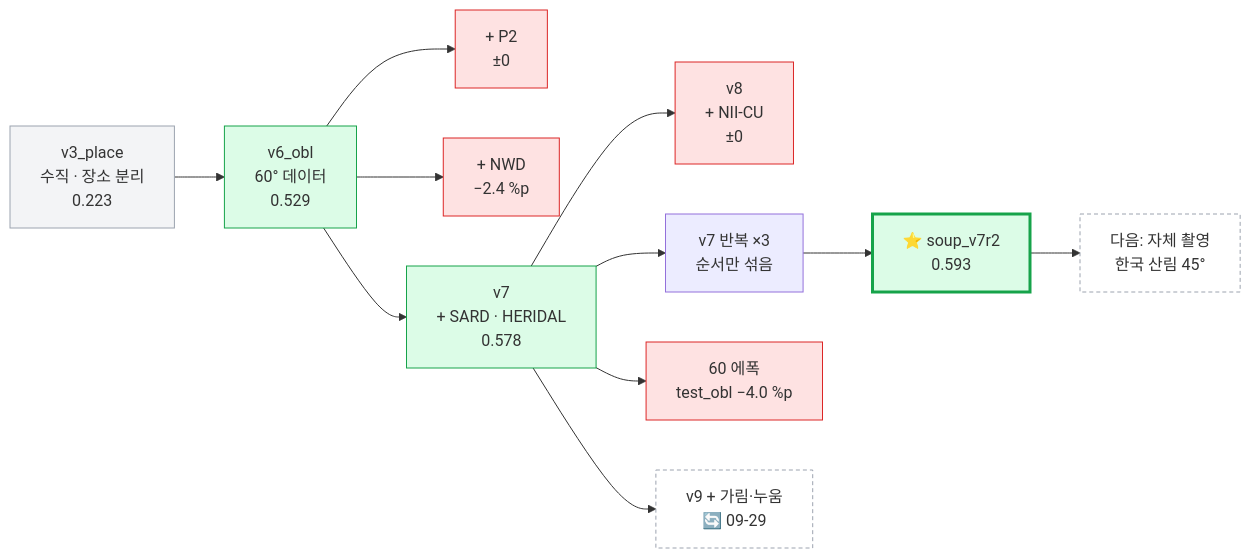
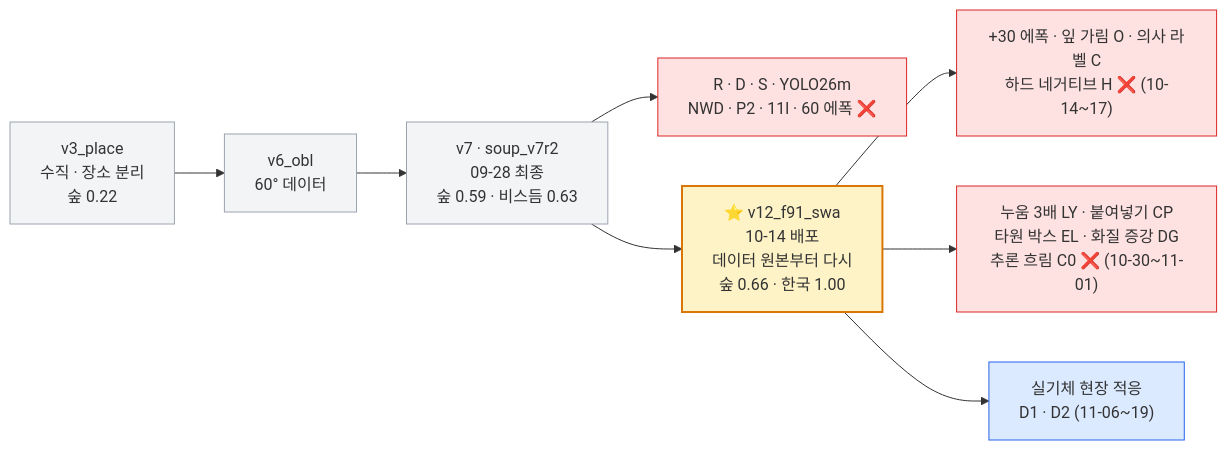
The diagram in obsidian/11 서버 학습 계획/00 학습 계획 한눈에.md (tim9985/Capstone), drawn with Mermaid before and after one commit. The commit also changed other lines of this file and 48 other files, not shown here.

````diff
--- a/obsidian/11 서버 학습 계획/00 학습 계획 한눈에.md
+++ b/obsidian/11 서버 학습 계획/00 학습 계획 한눈에.md
@@ -57,18 +51,13 @@
 ```mermaid
 flowchart LR
-    V3["v3_place<br/>수직 · 장소 분리<br/>0.223"]:::old --> V6["v6_obl<br/>60° 데이터<br/>0.529"]:::ok
-    V6 --> P2["+ P2<br/>±0"]:::no
-    V6 --> NWD["+ NWD<br/>−2.4 %p"]:::no
-    V6 --> V7["v7<br/>+ SARD · HERIDAL<br/>0.578"]:::ok
-    V7 --> V8["v8<br/>+ NII-CU<br/>±0"]:::no
-    V7 --> R["v7 반복 ×3<br/>순서만 섞음"]
-    V7 --> E60["60 에폭<br/>test_obl −4.0 %p"]:::no
-    V7 --> V9["v9 + 가림·누움<br/>🔄 09-29"]:::plan
-    R --> S["⭐ soup_v7r2<br/>0.593"]:::star
-    S --> OWN["다음: 자체 촬영<br/>한국 산림 45°"]:::plan
-    classDef ok fill:#dcfce7,stroke:#16a34a
-    classDef star fill:#dcfce7,stroke:#16a34a,stroke-width:3px
+    V3["v3_place<br/>수직 · 장소 분리<br/>숲 0.22"]:::old --> V6["v6_obl<br/>60° 데이터"]:::old --> V7["v7 · soup_v7r2<br/>09-28 최종<br/>숲 0.59 · 비스듬 0.63"]:::old
+    V7 --> X1["R · D · S · YOLO26m<br/>NWD · P2 · 11l · 60 에폭 ❌"]:::no
+    V7 --> V12["⭐ v12_f91_swa<br/>10-14 배포<br/>데이터 원본부터 다시<br/>숲 0.66 · 한국 1.00"]:::star
+    V12 --> X2["+30 에폭 · 잎 가림 O · 의사 라벨 C<br/>하드 네거티브 H ❌ (10-14~17)"]:::no
+    V12 --> X3["누움 3배 LY · 붙여넣기 CP<br/>타원 박스 EL · 화질 증강 DG<br/>추론 흐림 C0 ❌ (10-30~11-01)"]:::no
+    V12 --> D["실기체 현장 적응<br/>D1 · D2 (11-06~19)"]:::next
+    classDef old fill:#f3f4f6,stroke:#9ca3af
     classDef no fill:#fee2e2,stroke:#dc2626
-    classDef old fill:#f3f4f6,stroke:#9ca3af
-    classDef plan fill:#fff,stroke:#9ca3af,stroke-dasharray:4 3
+    classDef star fill:#fef3c7,stroke:#d97706,stroke-width:2px
+    classDef next fill:#dbeafe,stroke:#2563eb
 ```
````
